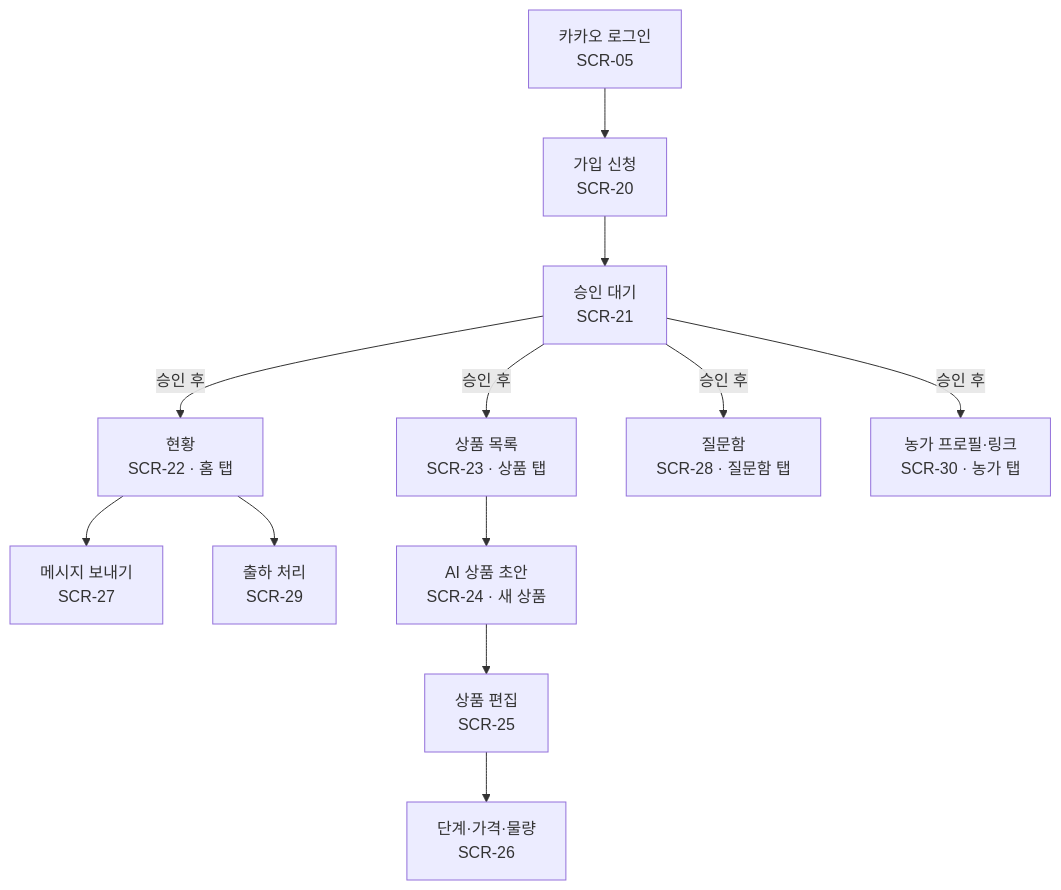
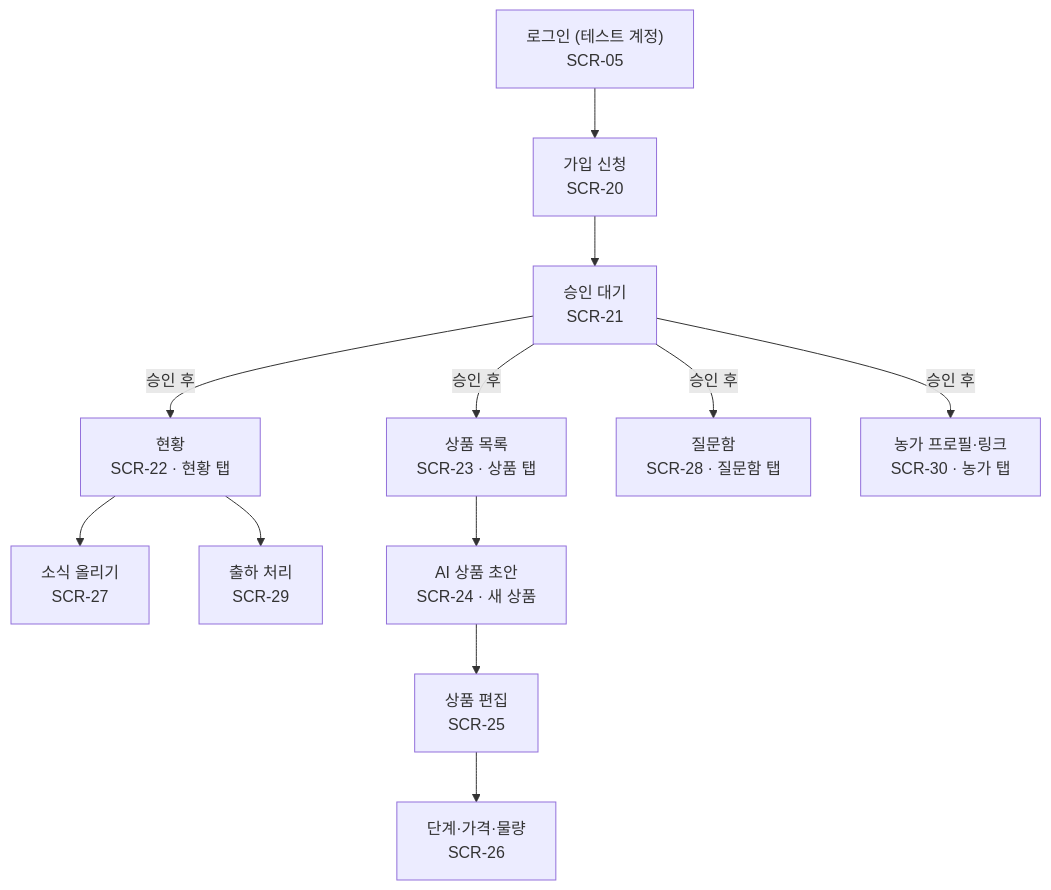
One commit to snuhcs-course/swpp-2026-project-team-06 changed the second of 4 diagrams in docs/spec/ia.md. Above: the diagram before and after it, drawn with Mermaid. The commit also changed other lines of this file, not shown here.

Commit message:
docs(spec): ia.md — 소비자 탭·홈·소식(SCR-18)·채팅 레이블·Mock 로그인 반영 (SWPP-26)

````diff
--- a/docs/spec/ia.md
+++ b/docs/spec/ia.md
@@ -38,11 +42,11 @@
 ```mermaid
 flowchart TD
-  login["카카오 로그인<br/>SCR-05"] --> apply["가입 신청<br/>SCR-20"] --> pending["승인 대기<br/>SCR-21"]
-  pending -- 승인 후 --> home["현황<br/>SCR-22 · 홈 탭"]
+  login["로그인 (테스트 계정)<br/>SCR-05"] --> apply["가입 신청<br/>SCR-20"] --> pending["승인 대기<br/>SCR-21"]
+  pending -- 승인 후 --> home["현황<br/>SCR-22 · 현황 탭"]
   pending -- 승인 후 --> products["상품 목록<br/>SCR-23 · 상품 탭"]
   pending -- 승인 후 --> questions["질문함<br/>SCR-28 · 질문함 탭"]
   pending -- 승인 후 --> farmtab["농가 프로필·링크<br/>SCR-30 · 농가 탭"]
-  home --> broadcast["메시지 보내기<br/>SCR-27"]
+  home --> broadcast["소식 올리기<br/>SCR-27"]
   home --> ship["출하 처리<br/>SCR-29"]
   products --> draft["AI 상품 초안<br/>SCR-24 · 새 상품"] --> edit["상품 편집<br/>SCR-25"] --> stages["단계·가격·물량<br/>SCR-26"]
 ```
````
